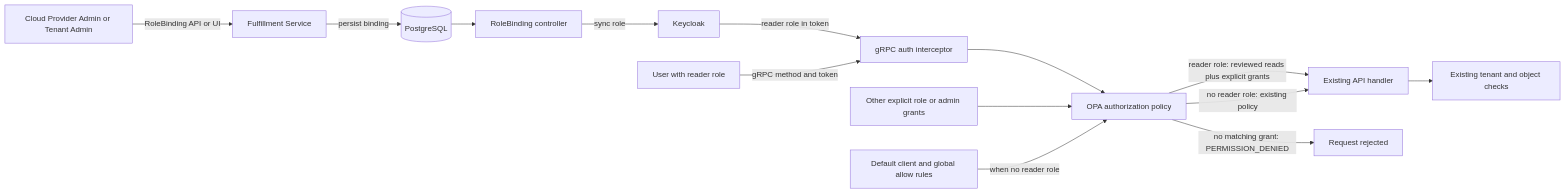
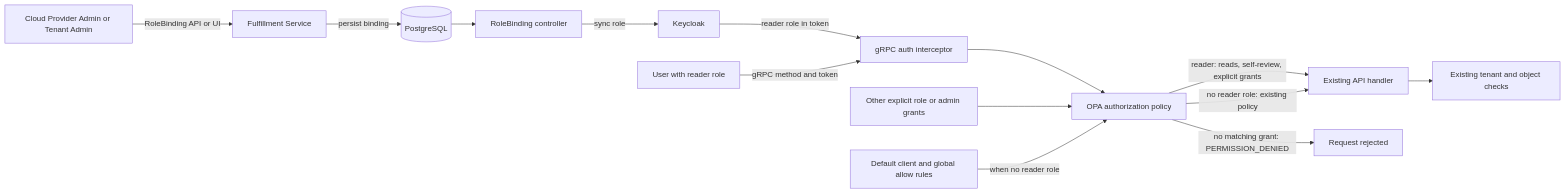
Before and after one commit to DakCrowder/enhancement-proposals: the diagram in enhancements/OSAC-6211-assign-read-only-api-permissions-to-users/design.md, drawn with Mermaid. The commit also changed other lines of this file and 1 other file, not shown here.

Commit message:
OSAC-6211: Allow reader self-review

```diff
--- a/enhancements/OSAC-6211-assign-read-only-api-permissions-to-users/design.md
+++ b/enhancements/OSAC-6211-assign-read-only-api-permissions-to-users/design.md
@@ -93,16 +111,16 @@
 ~~~mermaid
 flowchart LR
   Admin[Cloud Provider Admin or Tenant Admin] -->|RoleBinding API or UI| Fulfillment[Fulfillment Service]
   Fulfillment -->|persist binding| DB[(PostgreSQL)]
   DB --> Controller[RoleBinding controller]
   Controller -->|sync role| Keycloak
   Keycloak -->|reader role in token| Interceptor[gRPC auth interceptor]
   User[User with reader role] -->|gRPC method and token| Interceptor
   Interceptor --> OPA[OPA authorization policy]
   Existing[Other explicit role or admin grants] --> OPA
   Default[Default client and global allow rules] -->|when no reader role| OPA
-  OPA -->|reader role: reviewed reads plus explicit grants| Handler[Existing API handler]
+  OPA -->|reader: reads, self-review, explicit grants| Handler[Existing API handler]
   OPA -->|no reader role: existing policy| Handler
   Handler --> Scope[Existing tenant and object checks]
   OPA -->|no matching grant: PERMISSION_DENIED| Denied[Request rejected]
 ~~~
```
